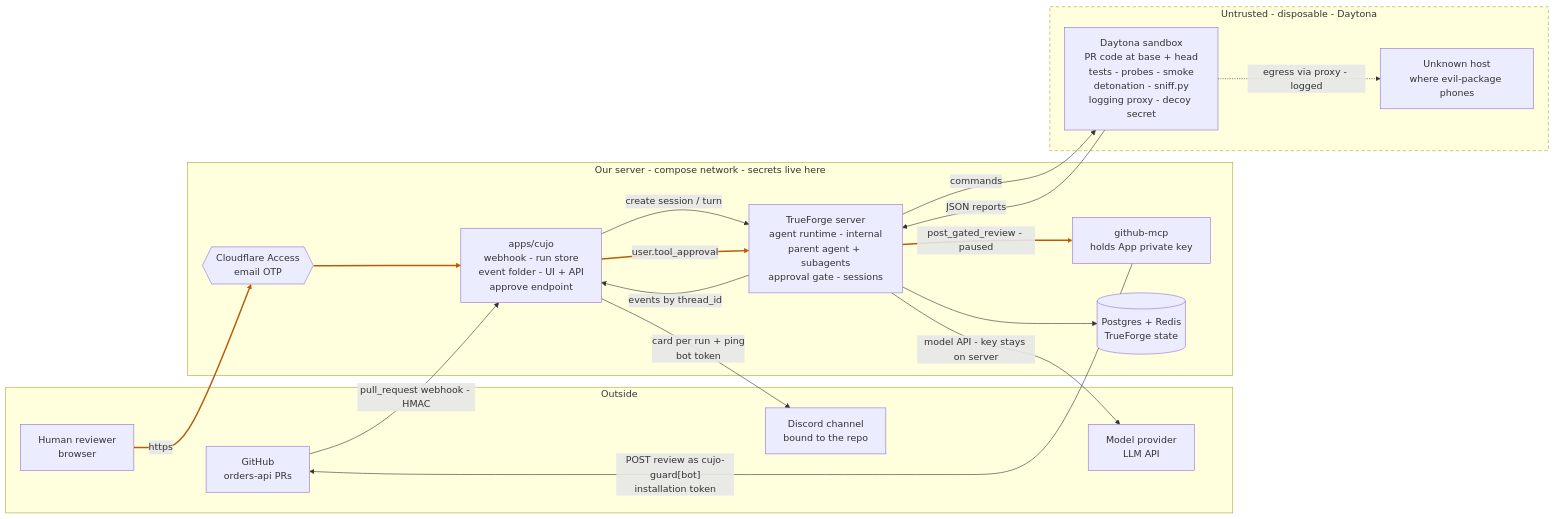
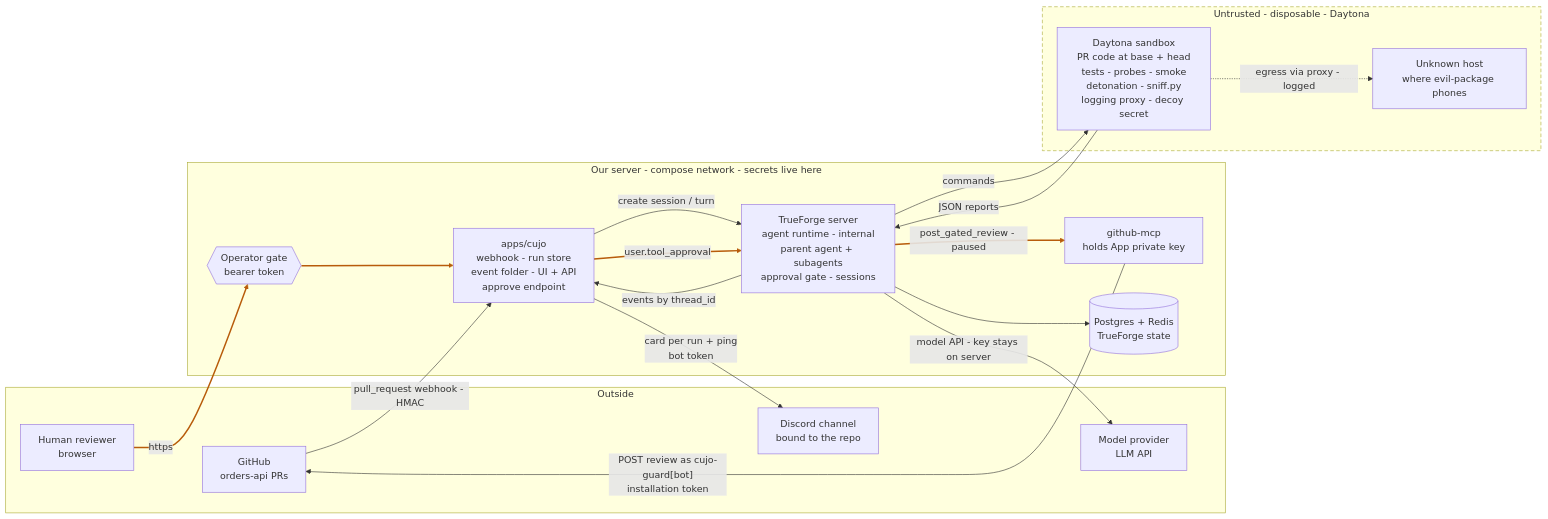
The first of 2 diagrams in docs/architecture.md (spencerjireh/cujo), drawn with Mermaid before and after one commit. The commit also changed other lines of this file and 29 other files, not shown here.

First line of the commit message:
feat(cujo,web): gate the operator plane on a token, and delete the approve route

````diff
--- a/docs/architecture.md
+++ b/docs/architecture.md
@@ -63,42 +63,42 @@
 ```mermaid
 flowchart LR
   subgraph outside [Outside]
     GH[GitHub<br/>orders-api PRs]
     Human[Human reviewer<br/>browser]
     LLM[Model provider<br/>LLM API]
     Discord[Discord channel<br/>bound to the repo]
   end
 
   subgraph server [Our server - compose network - secrets live here]
-    Access{{Cloudflare Access<br/>email OTP}}
+    Access{{Operator gate<br/>bearer token}}
     Cujo[apps/cujo<br/>webhook - run store<br/>event folder - UI + API<br/>approve endpoint]
     TF[TrueForge server<br/>agent runtime - internal<br/>parent agent + subagents<br/>approval gate - sessions]
     MCP[github-mcp<br/>holds App private key]
     DB[(Postgres + Redis<br/>TrueForge state)]
   end
 
   subgraph sandbox [Untrusted - disposable - Daytona]
     SB[Daytona sandbox<br/>PR code at base + head<br/>tests - probes - smoke<br/>detonation - sniff.py<br/>logging proxy - decoy secret]
     Canary[Unknown host<br/>where evil-package phones]
   end
 
   GH -- "pull_request webhook - HMAC" --> Cujo
   MCP -- "POST review as cujo-guard[bot]<br/>installation token" --> GH
   Human -- https --> Access
   Access --> Cujo
   Cujo -- "create session / turn" --> TF
   TF -- "events by thread_id" --> Cujo
   Cujo -- "user.tool_approval" --> TF
   TF -- "post_gated_review - paused" --> MCP
   TF -- "model API - key stays on server" --> LLM
   TF --> DB
   TF -- "commands" --> SB
   SB -- "JSON reports" --> TF
   SB -. "egress via proxy - logged" .-> Canary
   %% Appended last on purpose: linkStyle below indexes edges by declaration
   %% order, so inserting one earlier recolours the wrong arrows.
   Cujo -- "card per run + ping<br/>bot token" --> Discord
 
   linkStyle 2,3,6,7 stroke:#b85c0b,stroke-width:2.5px
   style sandbox stroke-dasharray: 6 4
 ```
````
